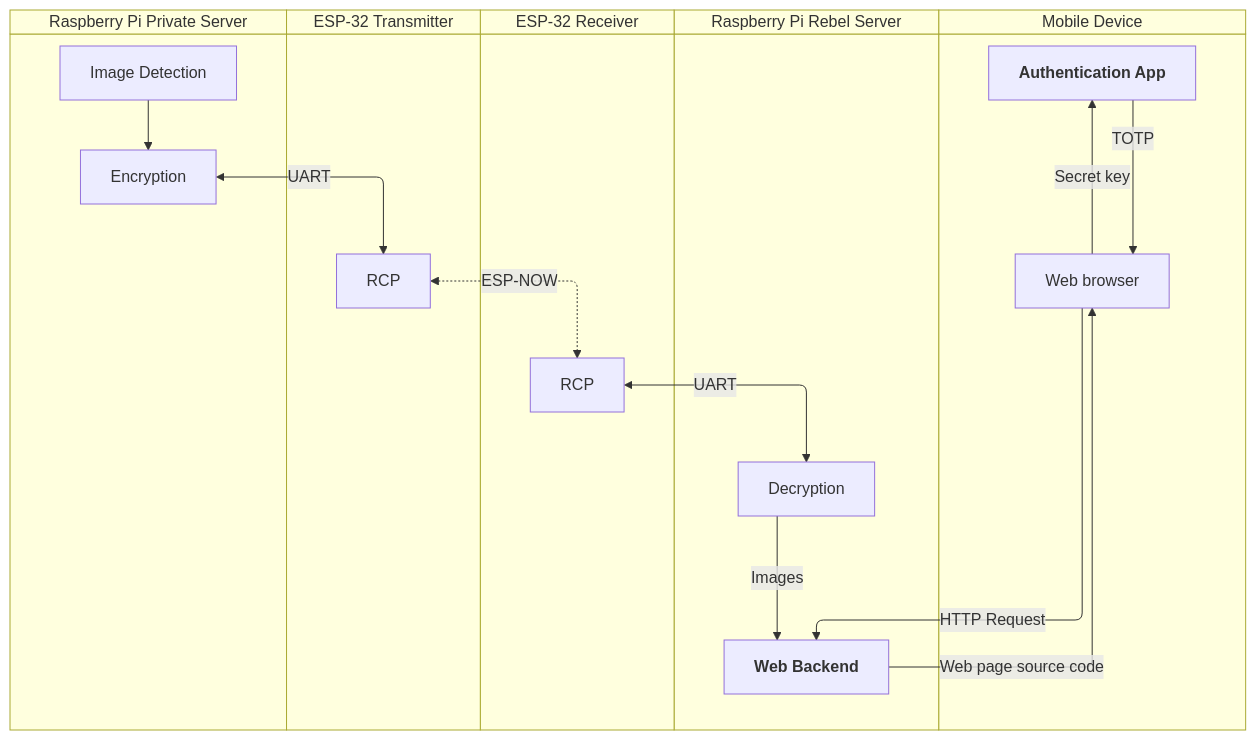
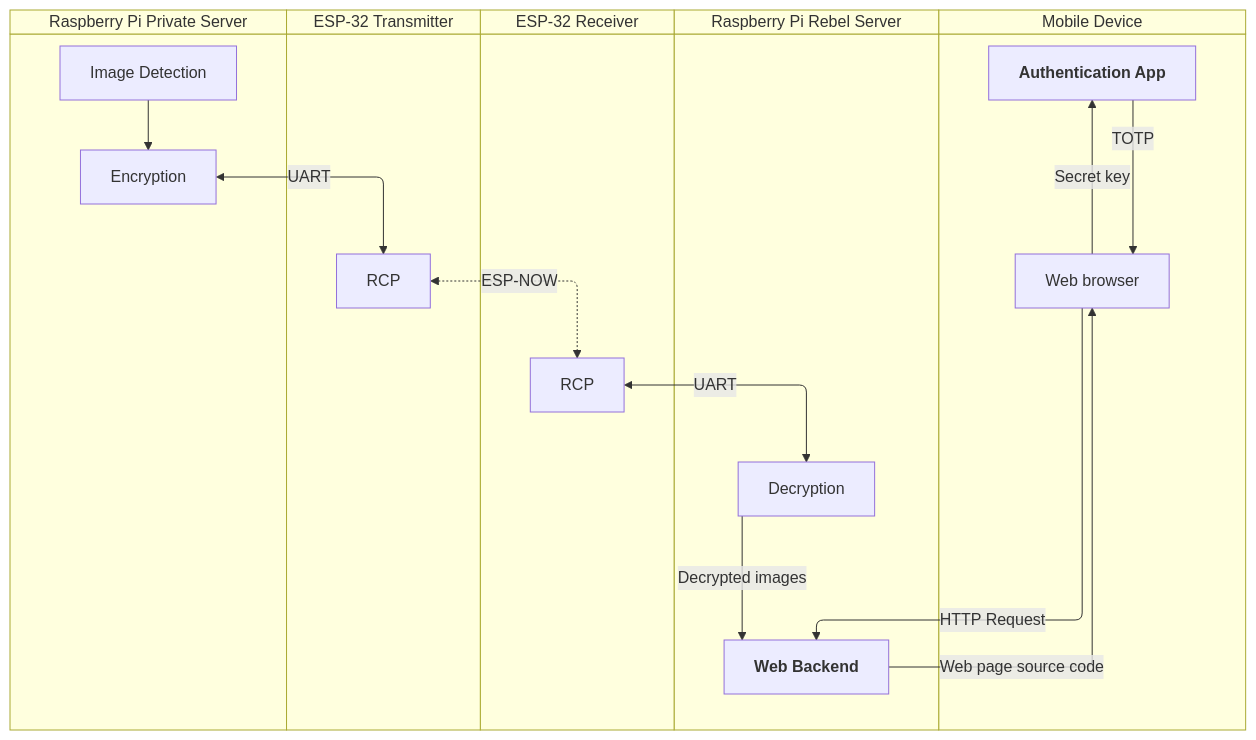
The diagram in docs/architecture/Software.md (marcusgigandet/dsig), drawn with Mermaid before and after one commit.

Commit message:
docs: specify image type for decryption --> backend interconnect

````diff
--- a/docs/architecture/Software.md
+++ b/docs/architecture/Software.md
@@ -3,39 +3,39 @@
 ```mermaid
 swimlane-beta TB
     subgraph Pi_1["Raspberry Pi Private Server"]
         IMAGE_DETECTION["Image Detection"]
         Encryption
 
         IMAGE_DETECTION --> Encryption
     end
 
     subgraph ESP_1["ESP-32 Transmitter"]
         TX["RCP"]
     end
 
     subgraph ESP_2["ESP-32 Receiver"]
         RX["RCP"]
     end
 
     subgraph Pi_2["Raspberry Pi Rebel Server"]
         Decryption
         BACKEND["`**Web Backend**`"]
 
-        Decryption -- Images --> BACKEND
+        Decryption -- Decrypted images --> BACKEND
     end
 
     subgraph MBL["Mobile Device"]
         BROWSE["Web browser"]
         AUTH["`**Authentication App**`"]
 
         BROWSE -- Secret key --> AUTH
         AUTH -- TOTP --> BROWSE
     end
 
     Encryption <-- UART --> TX
     TX <-. ESP-NOW .-> RX
     RX <-- UART --> Decryption
 
     BACKEND -- Web page source code --> BROWSE
     BROWSE -- HTTP Request --> BACKEND
 ```
````
